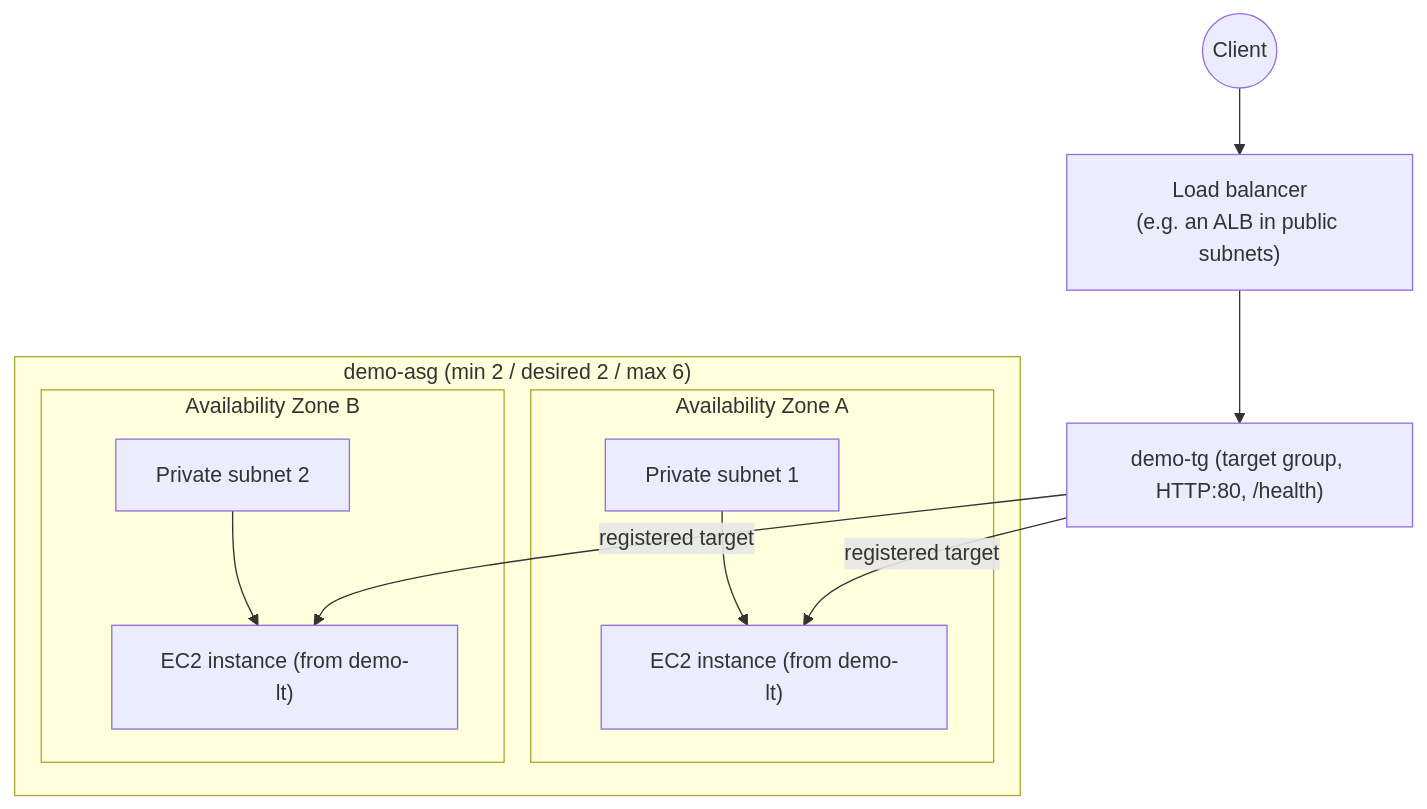
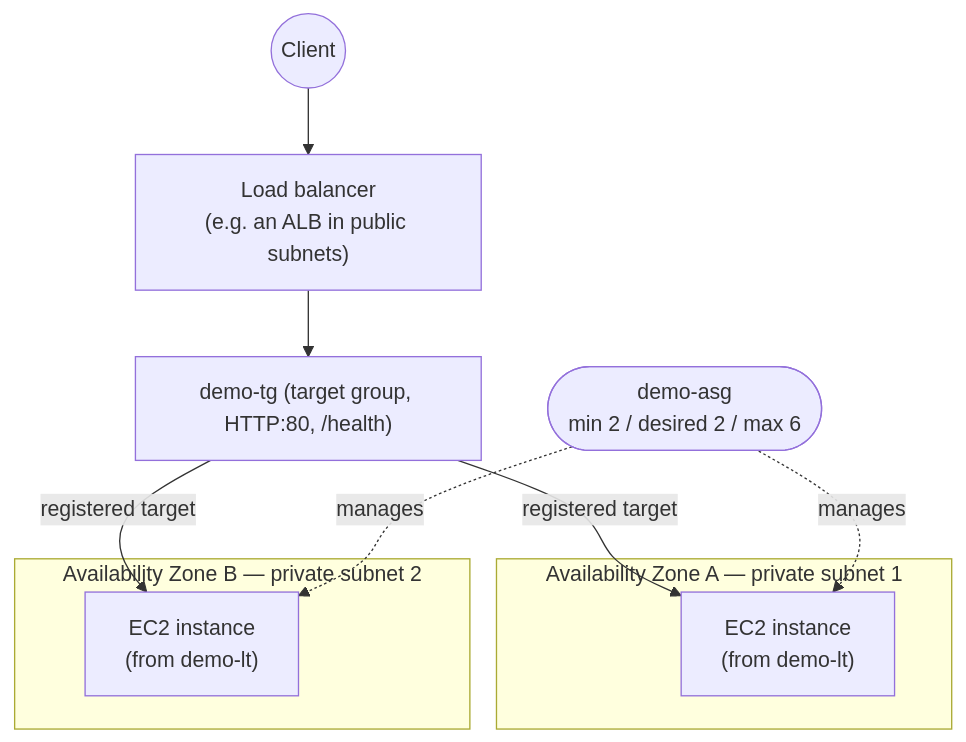
Before and after one commit to msdeepak052/AWS_Imp_Concepts: the diagram in EC2/ASG/01-Introduction-to-Auto-Scaling.md, drawn with Mermaid. The commit also changed 11 other files, not shown here.

Commit message:
Mermaid Diagram fixed

````diff
--- a/EC2/ASG/01-Introduction-to-Auto-Scaling.md
+++ b/EC2/ASG/01-Introduction-to-Auto-Scaling.md
@@ -73,21 +73,17 @@
 ```mermaid
 flowchart TD
     USER(("Client")) --> ALB["Load balancer<br/>(e.g. an ALB in public subnets)"]
     ALB --> TG["demo-tg (target group, HTTP:80, /health)"]
 
-    subgraph ASG["demo-asg (min 2 / desired 2 / max 6)"]
-        subgraph AZ_A["Availability Zone A"]
-            SUB1["Private subnet 1"]
-            I1["EC2 instance (from demo-lt)"]
-            SUB1 --> I1
-        end
-        subgraph AZ_B["Availability Zone B"]
-            SUB2["Private subnet 2"]
-            I2["EC2 instance (from demo-lt)"]
-            SUB2 --> I2
-        end
+    subgraph AZ_A["Availability Zone A — private subnet 1"]
+        I1["EC2 instance<br/>(from demo-lt)"]
+    end
+    subgraph AZ_B["Availability Zone B — private subnet 2"]
+        I2["EC2 instance<br/>(from demo-lt)"]
     end
 
     TG -->|"registered target"| I1
     TG -->|"registered target"| I2
+    ASG(["demo-asg<br/>min 2 / desired 2 / max 6"]) -.manages.-> I1
+    ASG -.manages.-> I2
 ```
````
